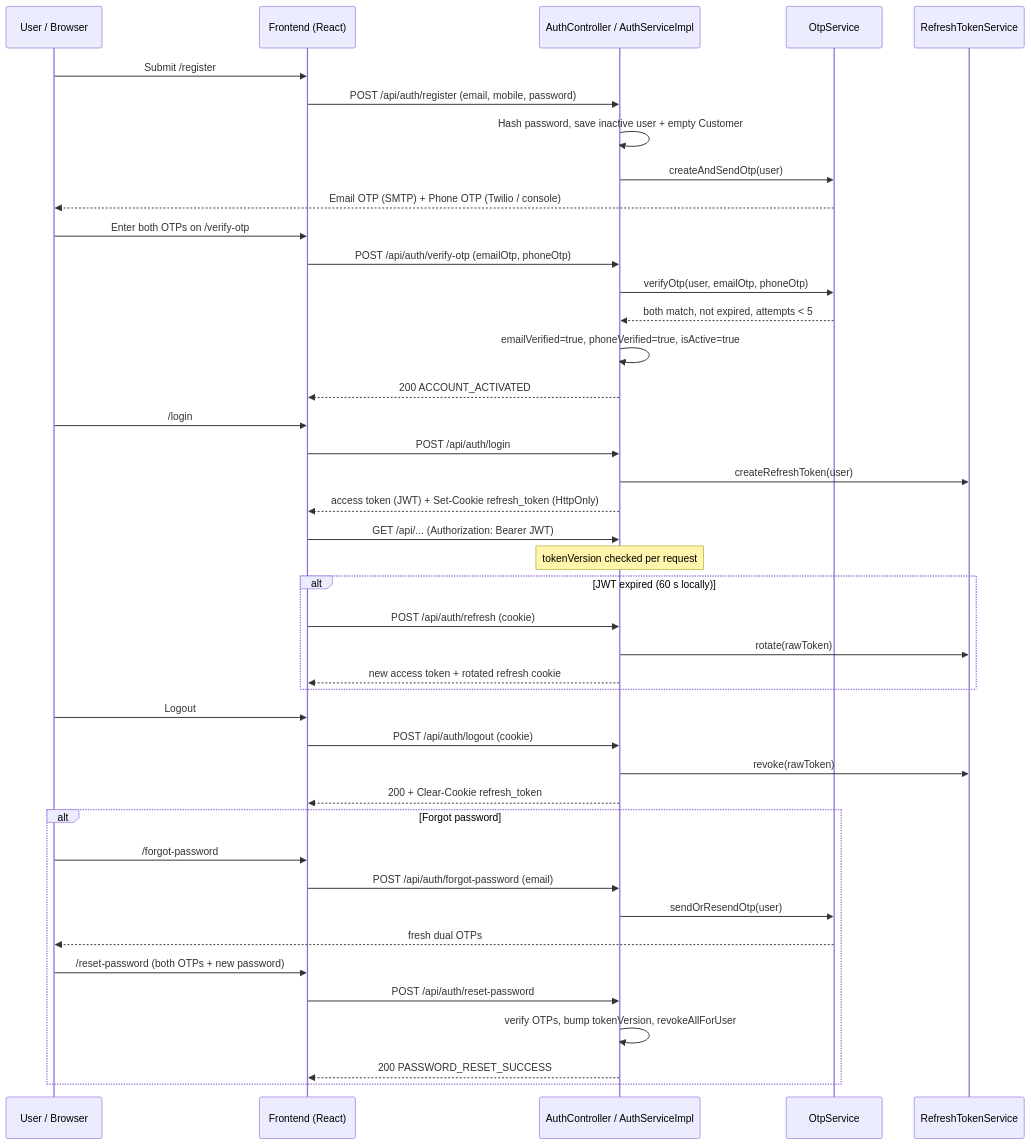
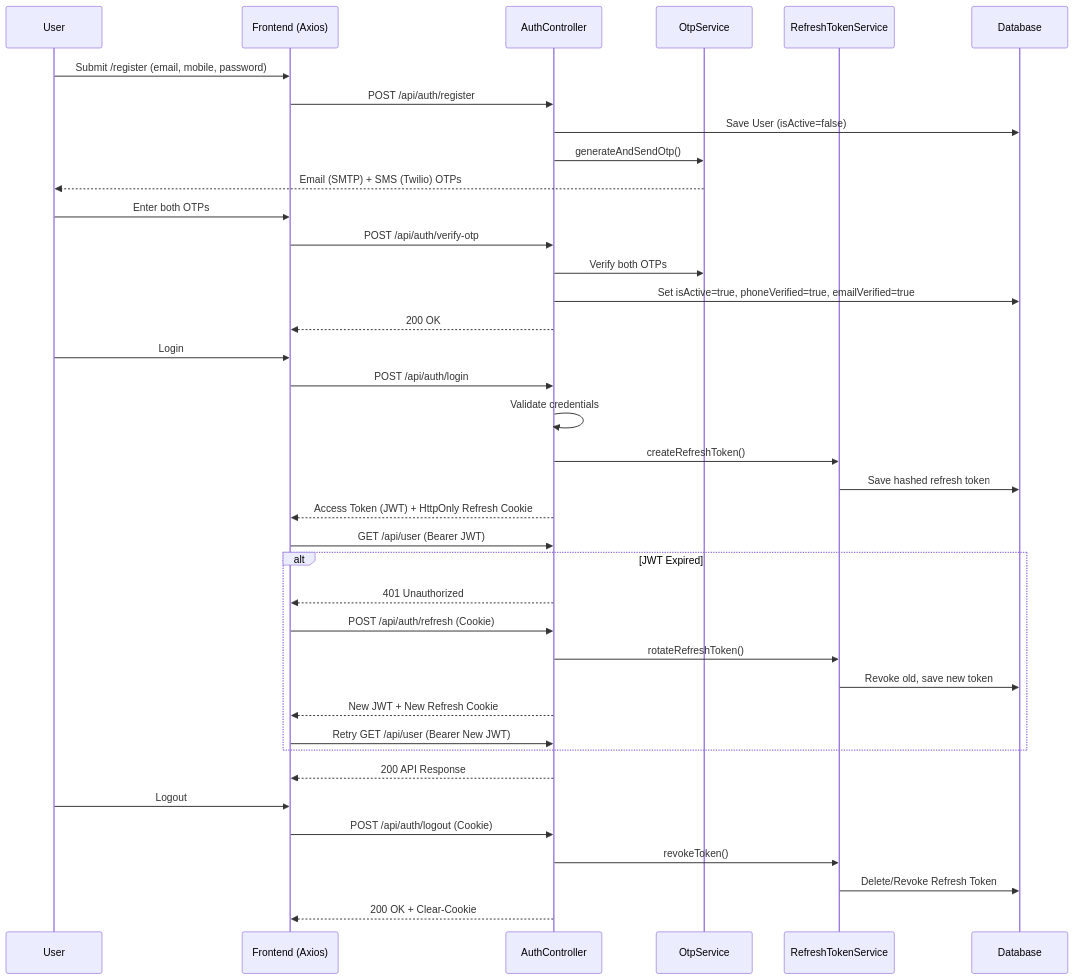
Before and after one commit to Gurry-12/insurance-policy-claim-capstone-project: the third of 3 diagrams in docs/08_Workflows/Authentication_Flow.md, drawn with Mermaid. The commit also changed other lines of this file and 86 other files, not shown here.

````diff
--- a/docs/08_Workflows/Authentication_Flow.md
+++ b/docs/08_Workflows/Authentication_Flow.md
@@ -77,46 +76,48 @@
 ```mermaid
 sequenceDiagram
-    participant U as User / Browser
-    participant F as Frontend (React)
-    participant A as AuthController / AuthServiceImpl
+    participant U as User
+    participant F as Frontend (Axios)
+    participant A as AuthController
     participant O as OtpService
     participant R as RefreshTokenService
+    participant DB as Database
 
-    U->>F: Submit /register
-    F->>A: POST /api/auth/register (email, mobile, password)
-    A->>A: Hash password, save inactive user + empty Customer
-    A->>O: createAndSendOtp(user)
-    O-->>U: Email OTP (SMTP) + Phone OTP (Twilio / console)
-    U->>F: Enter both OTPs on /verify-otp
-    F->>A: POST /api/auth/verify-otp (emailOtp, phoneOtp)
-    A->>O: verifyOtp(user, emailOtp, phoneOtp)
-    O-->>A: both match, not expired, attempts < 5
-    A->>A: emailVerified=true, phoneVerified=true, isActive=true
-    A-->>F: 200 ACCOUNT_ACTIVATED
-    U->>F: /login
+    %% Registration & OTP
+    U->>F: Submit /register (email, mobile, password)
+    F->>A: POST /api/auth/register
+    A->>DB: Save User (isActive=false)
+    A->>O: generateAndSendOtp()
+    O-->>U: Email (SMTP) + SMS (Twilio) OTPs
+    U->>F: Enter both OTPs
+    F->>A: POST /api/auth/verify-otp
+    A->>O: Verify both OTPs
+    A->>DB: Set isActive=true, phoneVerified=true, emailVerified=true
+    A-->>F: 200 OK
+
+    %% Login & Tokens
+    U->>F: Login
     F->>A: POST /api/auth/login
-    A->>R: createRefreshToken(user)
-    A-->>F: access token (JWT) + Set-Cookie refresh_token (HttpOnly)
-    F->>A: GET /api/... (Authorization: Bearer JWT)
-    Note over A: tokenVersion checked per request
-    alt JWT expired (60 s locally)
-        F->>A: POST /api/auth/refresh (cookie)
-        A->>R: rotate(rawToken)
-        A-->>F: new access token + rotated refresh cookie
+    A->>A: Validate credentials
+    A->>R: createRefreshToken()
+    R->>DB: Save hashed refresh token
+    A-->>F: Access Token (JWT) + HttpOnly Refresh Cookie
+
+    %% Access & Silent Refresh
+    F->>A: GET /api/user (Bearer JWT)
+    alt JWT Expired
+        A-->>F: 401 Unauthorized
+        F->>A: POST /api/auth/refresh (Cookie)
+        A->>R: rotateRefreshToken()
+        R->>DB: Revoke old, save new token
+        A-->>F: New JWT + New Refresh Cookie
+        F->>A: Retry GET /api/user (Bearer New JWT)
     end
+    A-->>F: 200 API Response
+
+    %% Logout
     U->>F: Logout
-    F->>A: POST /api/auth/logout (cookie)
-    A->>R: revoke(rawToken)
-    A-->>F: 200 + Clear-Cookie refresh_token
-
-    alt Forgot password
-        U->>F: /forgot-password
-        F->>A: POST /api/auth/forgot-password (email)
-        A->>O: sendOrResendOtp(user)
-        O-->>U: fresh dual OTPs
-        U->>F: /reset-password (both OTPs + new password)
-        F->>A: POST /api/auth/reset-password
-        A->>A: verify OTPs, bump tokenVersion, revokeAllForUser
-        A-->>F: 200 PASSWORD_RESET_SUCCESS
-    end
+    F->>A: POST /api/auth/logout (Cookie)
+    A->>R: revokeToken()
+    R->>DB: Delete/Revoke Refresh Token
+    A-->>F: 200 OK + Clear-Cookie
 ```
````
